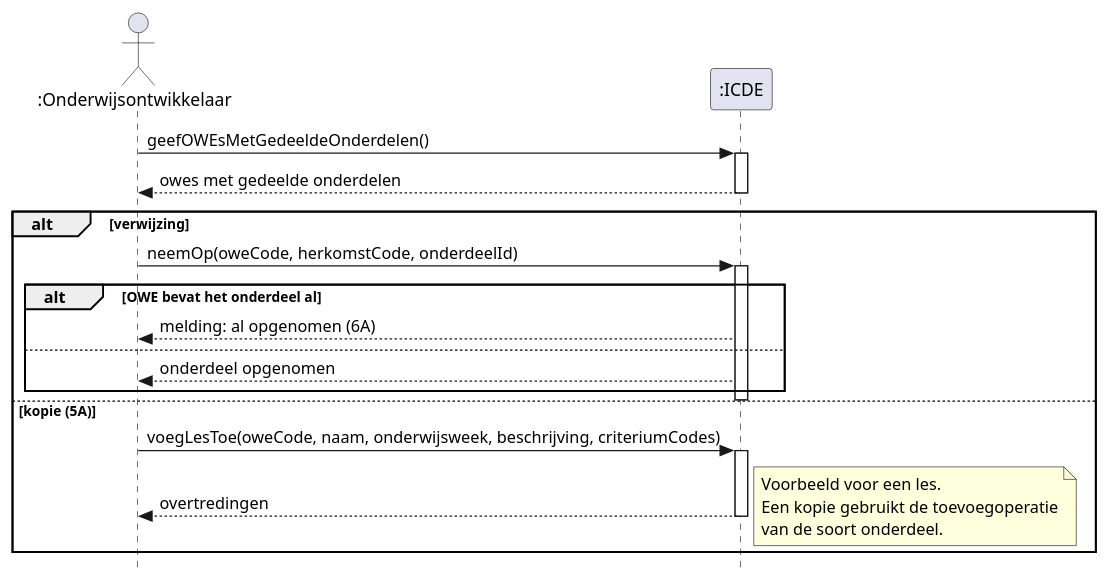
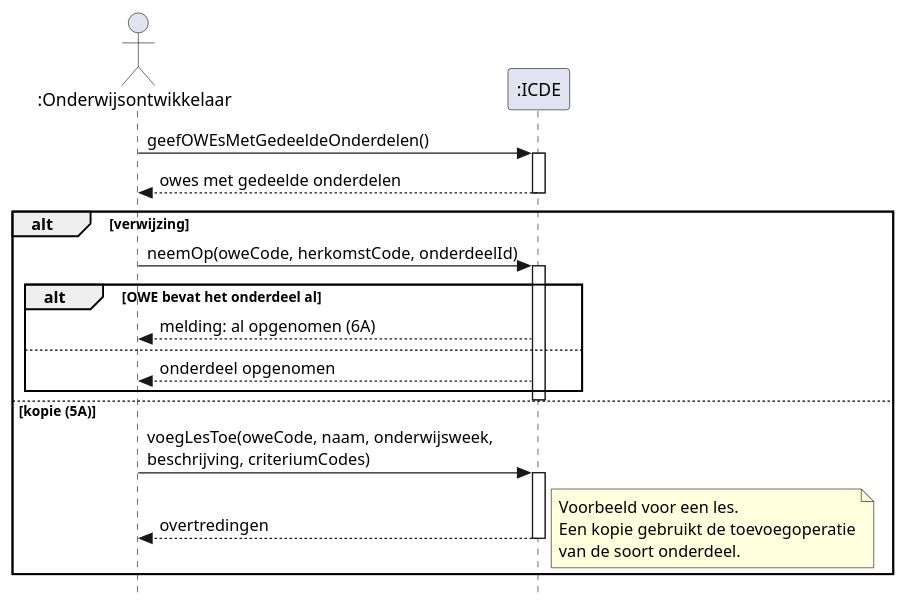
One commit to HAN-Craftsmanship-KL-JJG/casus changed the diagram in docs/diagrams/ssd-uc07-hergebruiken-onderdeel.puml. Above: the diagram before and after it, drawn with PlantUML. The commit also changed 16 other files, not shown here.

First line of the commit message:
docs: wrap long messages in sequence diagrams

```diff
--- a/docs/diagrams/ssd-uc07-hergebruiken-onderdeel.puml
+++ b/docs/diagrams/ssd-uc07-hergebruiken-onderdeel.puml
@@ -1,36 +1,36 @@
 @startuml ssd-uc07-hergebruiken-onderdeel
 ' System sequence diagram van UC07 Hergebruiken gedeeld onderdeel.
 ' Toelichting: docs/sequencediagrammen.md
 skinparam style strictuml
 skinparam shadowing false
 skinparam defaultFontName Helvetica
 hide footbox
 
 actor ":Onderwijsontwikkelaar" as ontwikkelaar
 participant ":ICDE" as icde
 
 ontwikkelaar -> icde : geefOWEsMetGedeeldeOnderdelen()
 activate icde
 icde --> ontwikkelaar : owes met gedeelde onderdelen
 deactivate icde
 alt verwijzing
   ontwikkelaar -> icde : neemOp(oweCode, herkomstCode, onderdeelId)
   activate icde
   alt OWE bevat het onderdeel al
     icde --> ontwikkelaar : melding: al opgenomen (6A)
   else
     icde --> ontwikkelaar : onderdeel opgenomen
   end
   deactivate icde
 else kopie (5A)
-  ontwikkelaar -> icde : voegLesToe(oweCode, naam, onderwijsweek, beschrijving, criteriumCodes)
+  ontwikkelaar -> icde : voegLesToe(oweCode, naam, onderwijsweek,\nbeschrijving, criteriumCodes)
   activate icde
   icde --> ontwikkelaar : overtredingen
   deactivate icde
   note right
     Voorbeeld voor een les.
     Een kopie gebruikt de toevoegoperatie
     van de soort onderdeel.
   end note
 end
 @enduml
```
